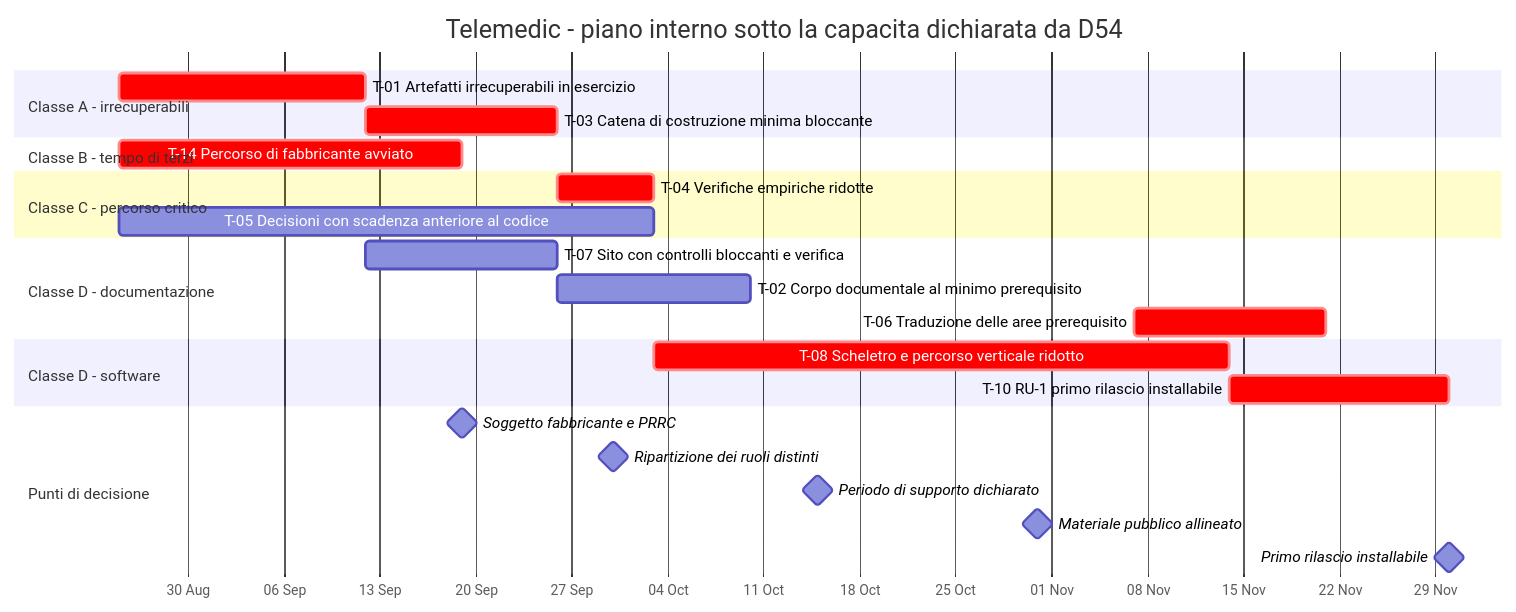
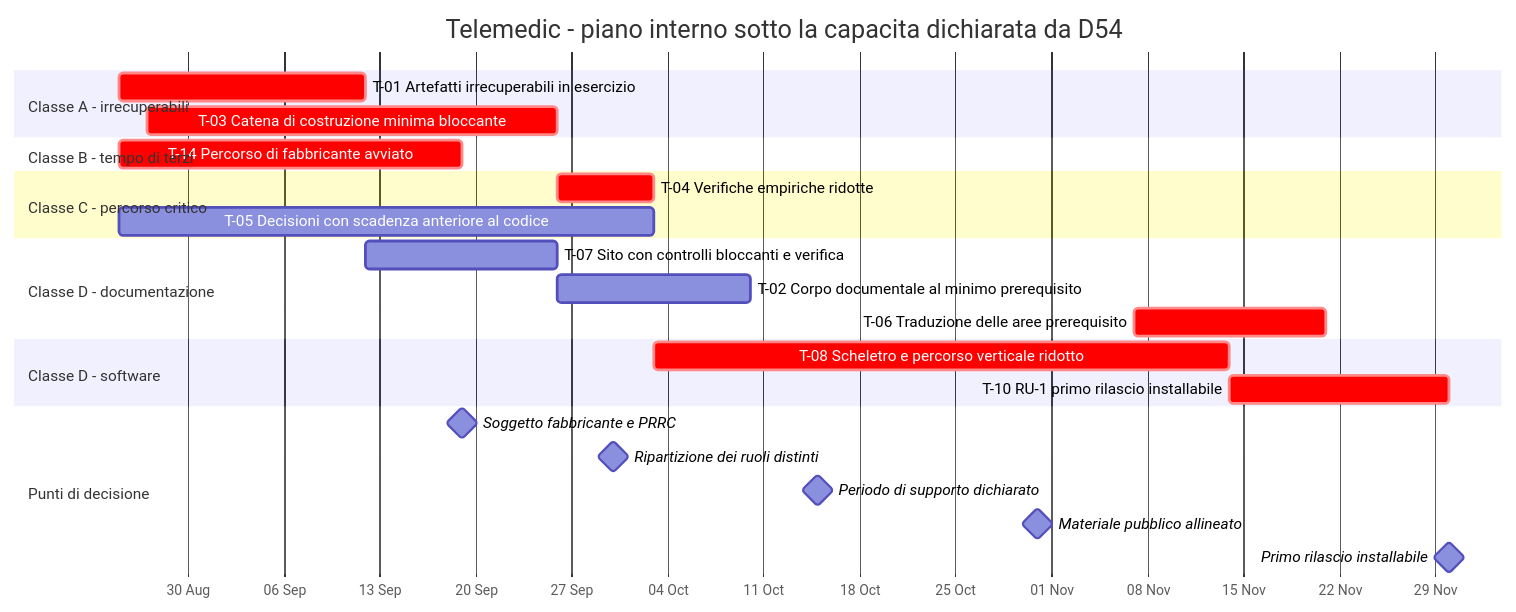
The diagram in docs/09_roadmap/02-traguardi.md (fedcal/Telemedic), drawn with Mermaid before and after one commit. The commit also changed other lines of this file and 301 other files, not shown here.

````diff
--- a/docs/09_roadmap/02-traguardi.md
+++ b/docs/09_roadmap/02-traguardi.md
@@ -778,33 +784,33 @@
 ```mermaid
 gantt
     title Telemedic - piano interno sotto la capacita dichiarata da D54
     dateFormat YYYY-MM-DD
     axisFormat %d %b
 
     section Classe A - irrecuperabili
     T-01 Artefatti irrecuperabili in esercizio      :crit, t01, 2026-08-25, 2026-09-12
-    T-03 Catena di costruzione minima bloccante     :crit, t03, 2026-09-12, 2026-09-26
+    T-03 Catena di costruzione minima bloccante     :crit, t03, 2026-08-27, 2026-09-26
 
     section Classe B - tempo di terzi
     T-14 Percorso di fabbricante avviato            :crit, t14, 2026-08-25, 2026-09-19
 
     section Classe C - percorso critico
     T-04 Verifiche empiriche ridotte                :crit, t04, 2026-09-26, 2026-10-03
     T-05 Decisioni con scadenza anteriore al codice :t05, 2026-08-25, 2026-10-03
 
     section Classe D - documentazione
     T-07 Sito con controlli bloccanti e verifica    :t07, 2026-09-12, 2026-09-26
     T-02 Corpo documentale al minimo prerequisito   :t02, 2026-09-26, 2026-10-10
     T-06 Traduzione delle aree prerequisito         :crit, t06, 2026-11-07, 2026-11-21
 
     section Classe D - software
     T-08 Scheletro e percorso verticale ridotto     :crit, t08, 2026-10-03, 2026-11-14
     T-10 RU-1 primo rilascio installabile           :crit, t10, 2026-11-14, 2026-11-30
 
     section Punti di decisione
     Soggetto fabbricante e PRRC                     :milestone, d1, 2026-09-19, 0d
     Ripartizione dei ruoli distinti                 :milestone, d2, 2026-09-30, 0d
     Periodo di supporto dichiarato                  :milestone, d3, 2026-10-15, 0d
     Materiale pubblico allineato                    :milestone, d4, 2026-10-31, 0d
     Primo rilascio installabile                     :milestone, d5, 2026-11-30, 0d
 ```
````
